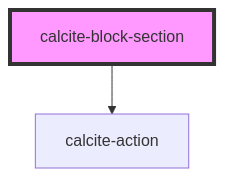
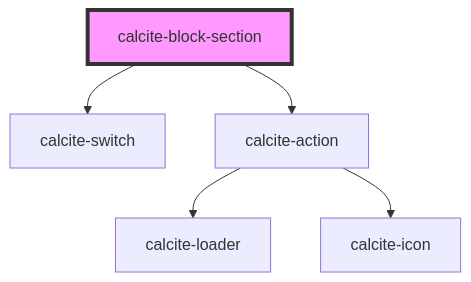
The diagram in src/components/calcite-block-section/readme.md (Esri/calcite-design-system), drawn with Mermaid before and after one commit. The commit also changed other lines of this file and 27 other files, not shown here.

````diff
--- a/src/components/calcite-block-section/readme.md
+++ b/src/components/calcite-block-section/readme.md
@@ -37,5 +38,8 @@
 ```mermaid
 graph TD;
+  calcite-block-section --> calcite-switch
   calcite-block-section --> calcite-action
+  calcite-action --> calcite-loader
+  calcite-action --> calcite-icon
   style calcite-block-section fill:#f9f,stroke:#333,stroke-width:4px
 ```
````
